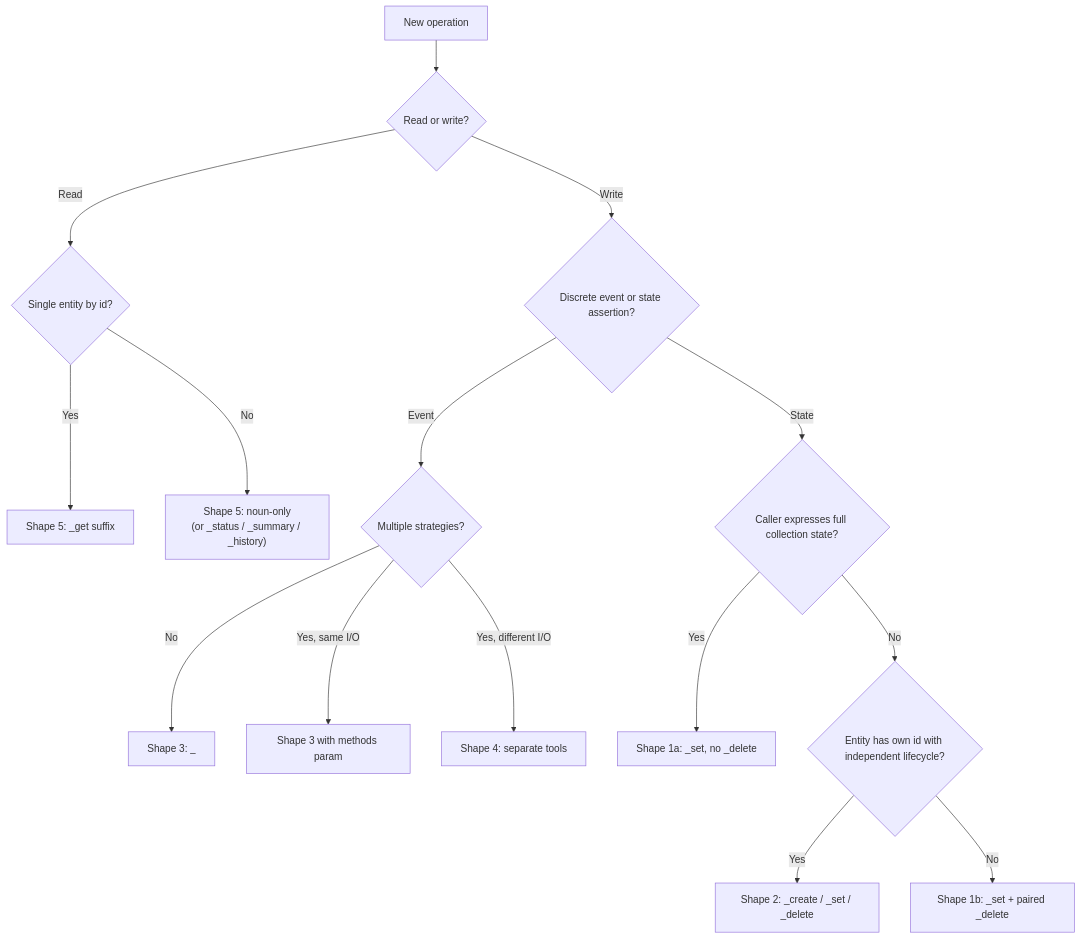
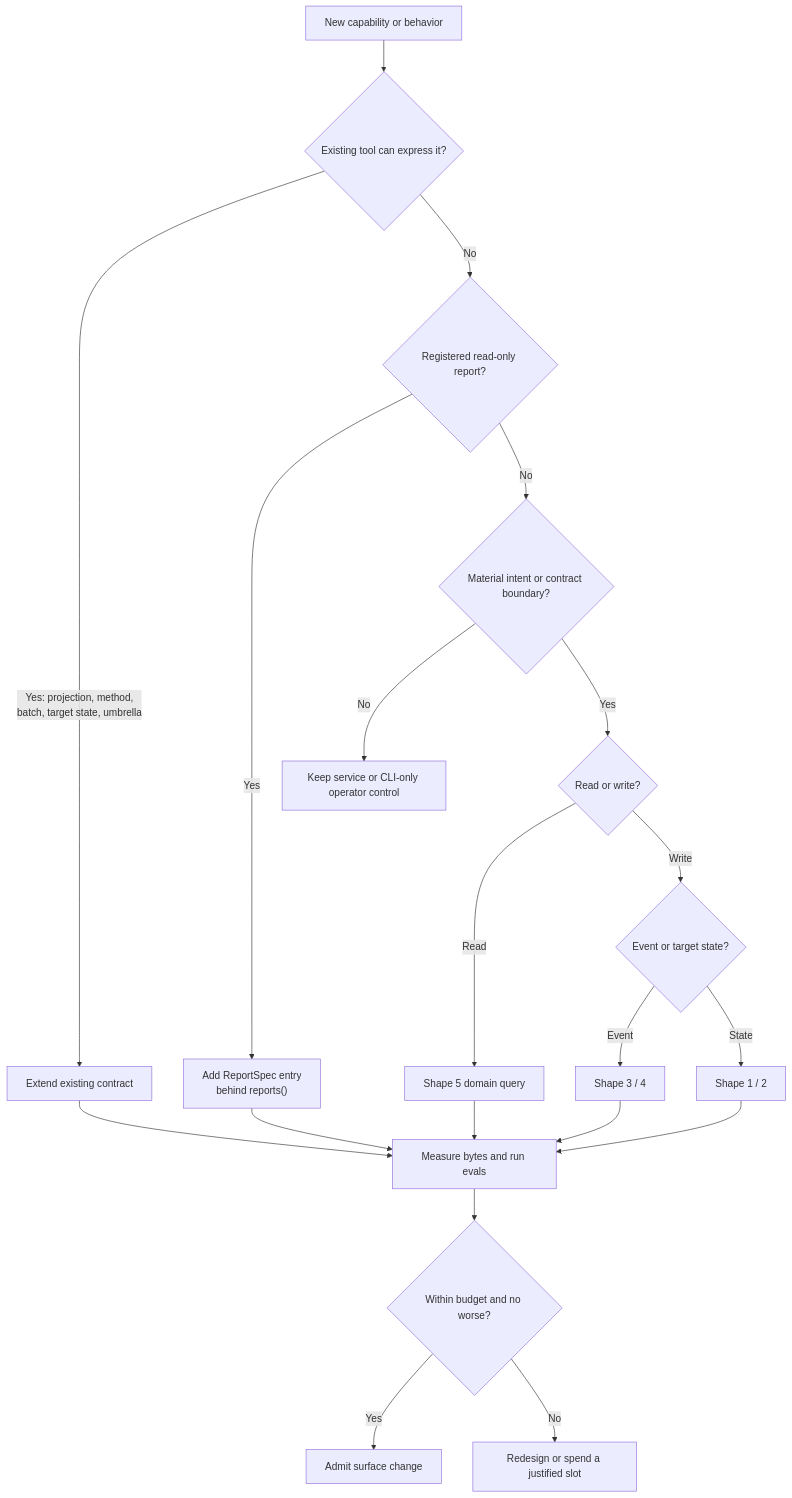
The diagram in .claude/rules/surface-design.md (bsaffel/moneybin), drawn with Mermaid before and after one commit. The commit also changed other lines of this file and 307 other files, not shown here.

First line of the commit message:
Consolidate MCP into a bounded 45-tool surface (#344)

````diff
--- a/.claude/rules/surface-design.md
+++ b/.claude/rules/surface-design.md
@@ -90,17 +130,22 @@
 ```mermaid
 flowchart TD
-    A[New operation] --> B{Read or write?}
-    B -->|Read| C{Single entity by id?}
-    B -->|Write| D{Discrete event or state assertion?}
-    C -->|Yes| C1["Shape 5: _get suffix"]
-    C -->|No| C2["Shape 5: noun-only<br/>(or _status / _summary / _history)"]
-    D -->|Event| E{Multiple strategies?}
-    D -->|State| F{Caller expresses full collection state?}
-    E -->|No| E1["Shape 3: <entity>_<verb>"]
-    E -->|"Yes, same I/O"| E2["Shape 3 with methods param"]
-    E -->|"Yes, different I/O"| E3["Shape 4: separate tools"]
-    F -->|Yes| G["Shape 1a: _set, no _delete"]
-    F -->|No| H{Entity has own id with independent lifecycle?}
-    H -->|Yes| I["Shape 2: _create / _set / _delete"]
-    H -->|No| J["Shape 1b: _set + paired _delete"]
+    A[New capability or behavior] --> B{Existing tool can express it?}
+    B -->|"Yes: projection, method,<br/>batch, target state, umbrella"| C[Extend existing contract]
+    B -->|No| D{Registered read-only report?}
+    D -->|Yes| E["Add ReportSpec entry<br/>behind reports()"]
+    D -->|No| F{Material intent or contract boundary?}
+    F -->|"No"| G[Keep service or CLI-only operator control]
+    F -->|"Yes"| H{Read or write?}
+    H -->|Read| I["Shape 5 domain query"]
+    H -->|Write| J{Event or target state?}
+    J -->|Event| K["Shape 3 / 4"]
+    J -->|State| L["Shape 1 / 2"]
+    C --> M[Measure bytes and run evals]
+    E --> M
+    I --> M
+    K --> M
+    L --> M
+    M --> N{Within budget and no worse?}
+    N -->|Yes| O[Admit surface change]
+    N -->|No| P[Redesign or spend a justified slot]
 ```
````
